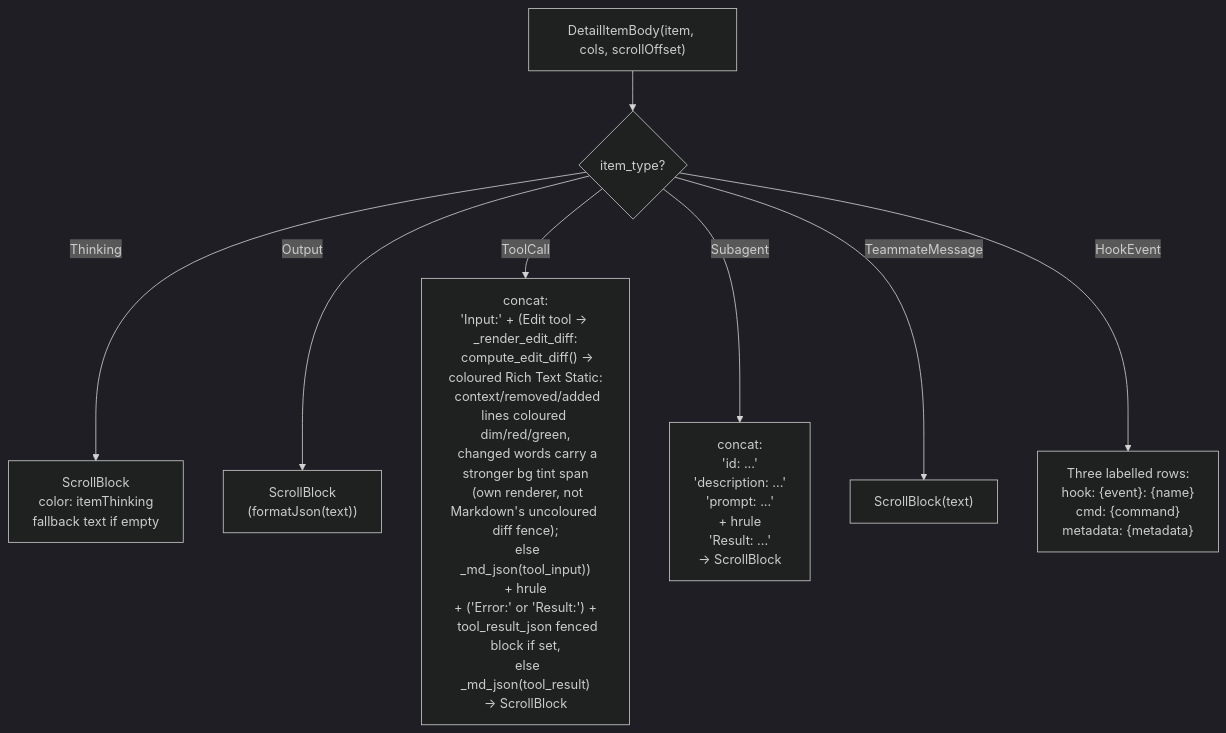
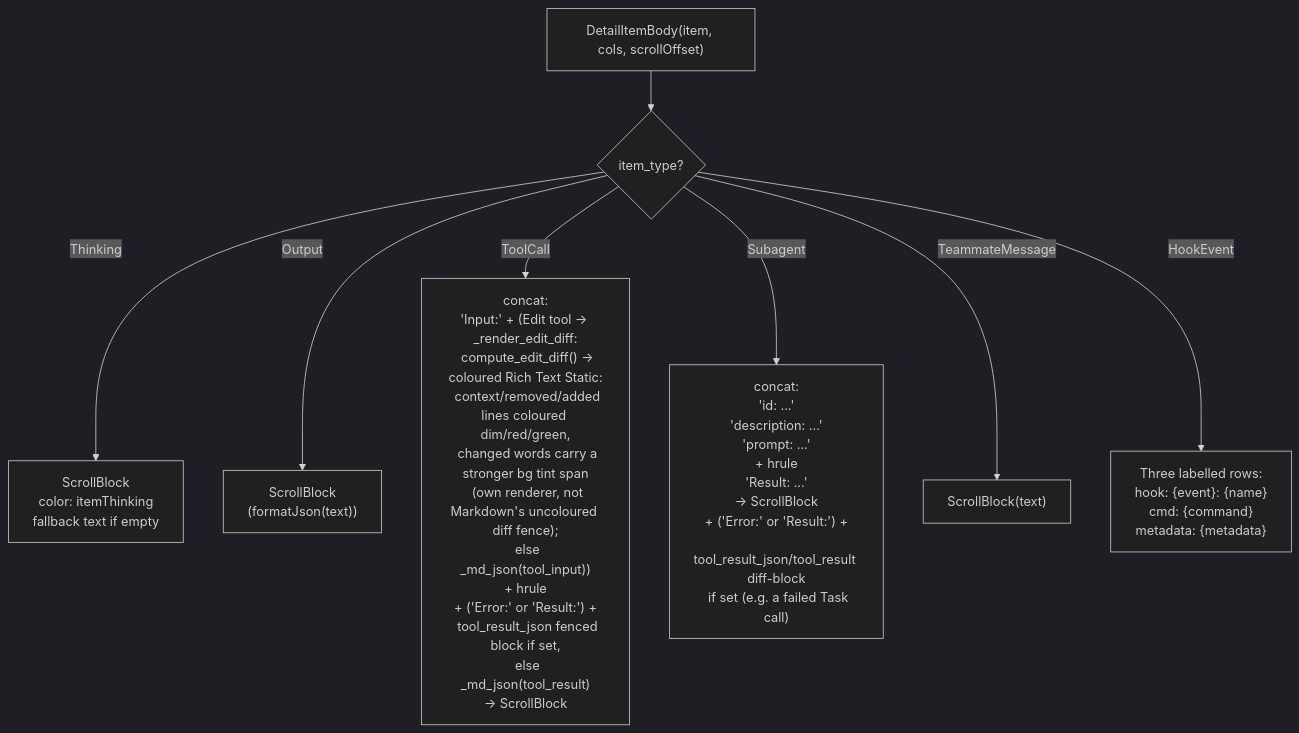
Before and after one commit to delexw/claude-code-trace: the third of 14 diagrams in specs/13-item-rendering.md, drawn with Mermaid (dark theme). The commit also changed other lines of this file and 9 other files, not shown here.

First line of the commit message:
[Compat] Handle v2.1.247 structured subagent fallback-error toolUseResult (#270) (#277)

````diff
--- a/specs/13-item-rendering.md
+++ b/specs/13-item-rendering.md
@@ -118,12 +118,12 @@
 ```mermaid
 flowchart TD
     BODY["DetailItemBody(item, cols, scrollOffset)"]
     BODY --> T{"item_type?"}
 
     T -->|"Thinking"| TH["ScrollBlock\ncolor: itemThinking\nfallback text if empty"]
     T -->|"Output"| OUT["ScrollBlock\n(formatJson(text))"]
     T -->|"ToolCall"| TC["concat:\n'Input:' + (Edit tool → _render_edit_diff:\n  compute_edit_diff() → coloured Rich Text Static:\n  context/removed/added lines coloured dim/red/green,\n  changed words carry a stronger bg tint span\n  (own renderer, not Markdown's uncoloured diff fence);\n  else _md_json(tool_input))\n+ hrule\n+ ('Error:' or 'Result:') +\n  tool_result_json fenced block if set,\n  else _md_json(tool_result)\n→ ScrollBlock"]
-    T -->|"Subagent"| SA["concat:\n'id: ...'\n'description: ...'\n'prompt: ...'\n+ hrule\n'Result: ...'\n→ ScrollBlock"]
+    T -->|"Subagent"| SA["concat:\n'id: ...'\n'description: ...'\n'prompt: ...'\n+ hrule\n'Result: ...'\n→ ScrollBlock\n+ ('Error:' or 'Result:') +\n  tool_result_json/tool_result diff-block\n  if set (e.g. a failed Task call)"]
     T -->|"TeammateMessage"| TM["ScrollBlock(text)"]
     T -->|"HookEvent"| HK["Three labelled rows:\nhook: {event}: {name}\ncmd: {command}\nmetadata: {metadata}"]
 ```
````
